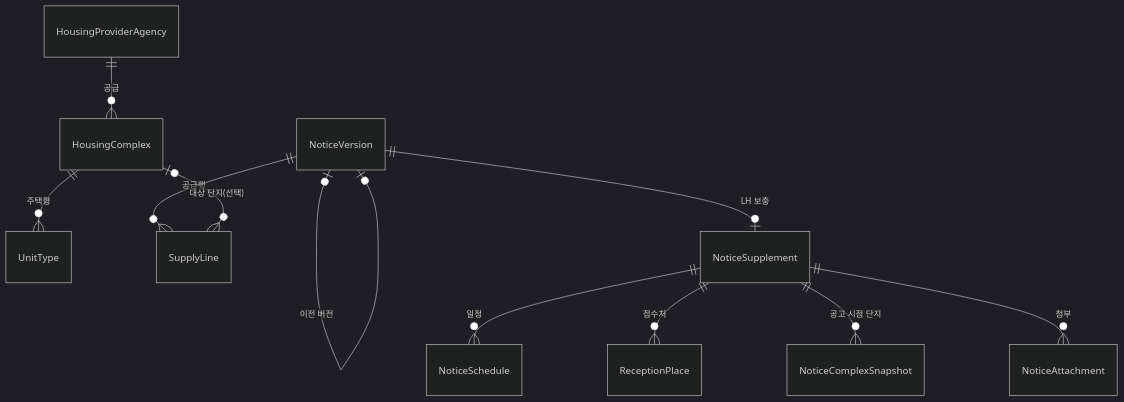
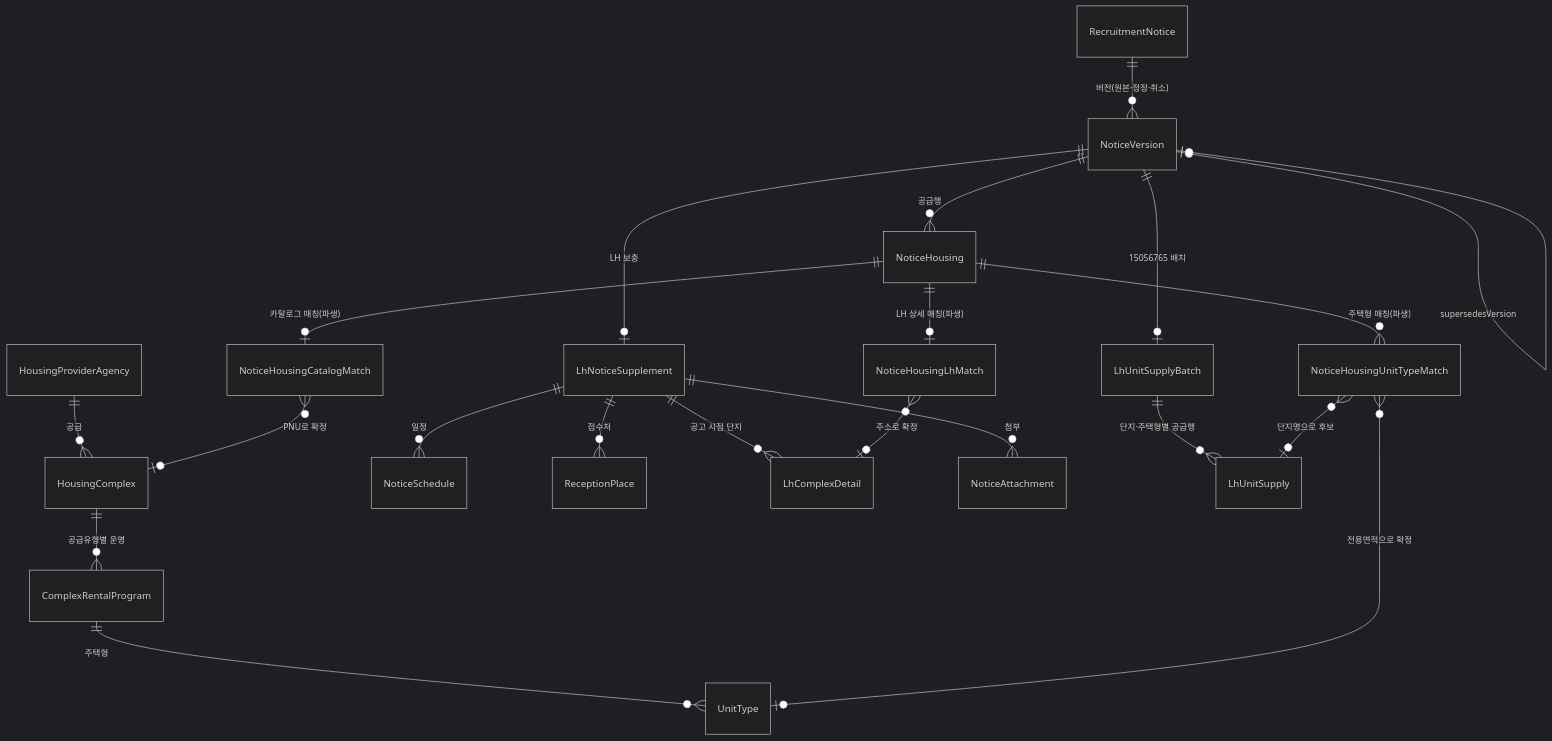
Before and after one commit to JunHyung1206/toadzip-api-domain: the diagram in docs/도메인-설계.md, drawn with Mermaid (dark theme). The commit also changed other lines of this file and 1 other file, not shown here.

````diff
--- a/docs/도메인-설계.md
+++ b/docs/도메인-설계.md
@@ -25,13 +35,26 @@
 ```mermaid
 erDiagram
     HousingProviderAgency ||--o{ HousingComplex : "공급"
-    HousingComplex ||--o{ UnitType : "주택형"
-    NoticeVersion ||--o{ SupplyLine : "공급행"
-    NoticeVersion |o--o| NoticeVersion : "이전 버전"
-    HousingComplex |o--o{ SupplyLine : "대상 단지(선택)"
-    NoticeVersion ||--o| NoticeSupplement : "LH 보충"
-    NoticeSupplement ||--o{ NoticeSchedule : "일정"
-    NoticeSupplement ||--o{ ReceptionPlace : "접수처"
-    NoticeSupplement ||--o{ NoticeComplexSnapshot : "공고 시점 단지"
-    NoticeSupplement ||--o{ NoticeAttachment : "첨부"
+    HousingComplex ||--o{ ComplexRentalProgram : "공급유형별 운영"
+    ComplexRentalProgram ||--o{ UnitType : "주택형"
+
+    RecruitmentNotice ||--o{ NoticeVersion : "버전(원본·정정·취소)"
+    NoticeVersion |o--o| NoticeVersion : "supersedesVersion"
+    NoticeVersion ||--o{ NoticeHousing : "공급행"
+    NoticeVersion ||--o| LhNoticeSupplement : "LH 보충"
+    LhNoticeSupplement ||--o{ NoticeSchedule : "일정"
+    LhNoticeSupplement ||--o{ ReceptionPlace : "접수처"
+    LhNoticeSupplement ||--o{ LhComplexDetail : "공고 시점 단지"
+    LhNoticeSupplement ||--o{ NoticeAttachment : "첨부"
+
+    NoticeHousing ||--o| NoticeHousingCatalogMatch : "카탈로그 매칭(파생)"
+    NoticeHousingCatalogMatch }o--o| HousingComplex : "PNU로 확정"
+    NoticeHousing ||--o| NoticeHousingLhMatch : "LH 상세 매칭(파생)"
+    NoticeHousingLhMatch }o--o| LhComplexDetail : "주소로 확정"
+
+    NoticeVersion ||--o| LhUnitSupplyBatch : "15056765 배치"
+    LhUnitSupplyBatch ||--o{ LhUnitSupply : "단지·주택형별 공급행"
+    NoticeHousing ||--o{ NoticeHousingUnitTypeMatch : "주택형 매칭(파생)"
+    NoticeHousingUnitTypeMatch }o--o| LhUnitSupply : "단지명으로 후보"
+    NoticeHousingUnitTypeMatch }o--o| UnitType : "전용면적으로 확정"
 ```
````
